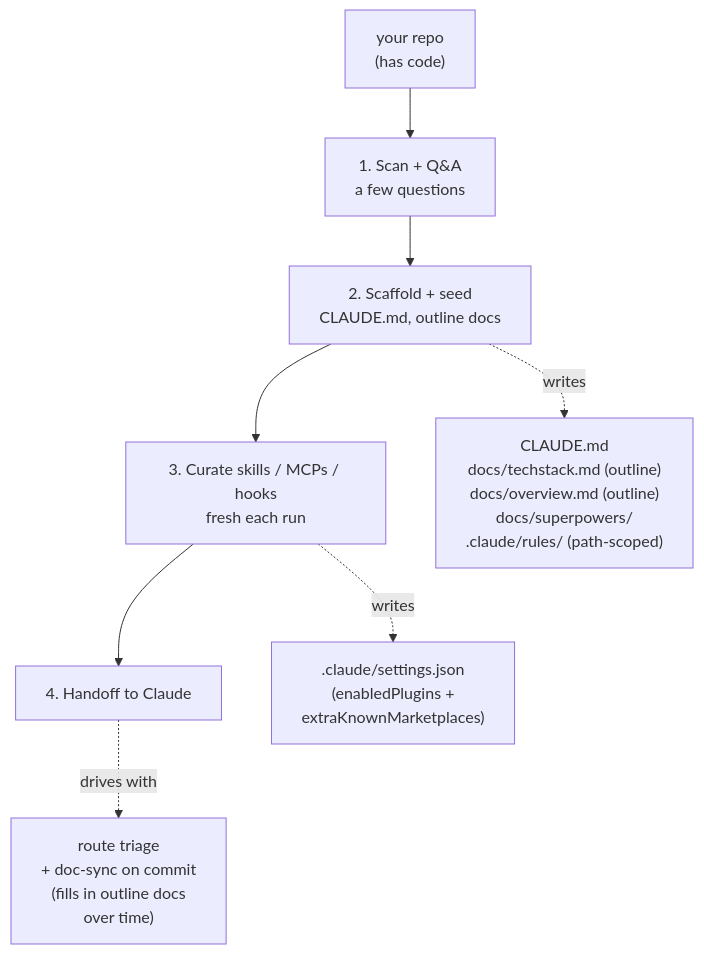
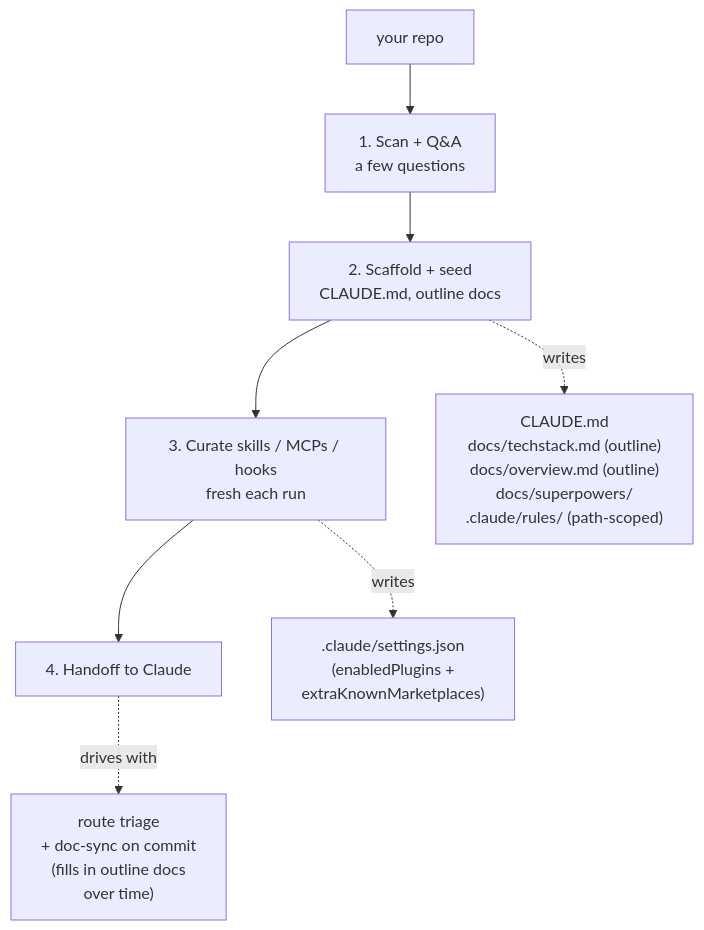
One commit to RockyHong/super-bootstrap changed the diagram in README.md. Above: the diagram before and after it, drawn with Mermaid. The commit also changed other lines of this file and 1 other file, not shown here.

````diff
--- a/README.md
+++ b/README.md
@@ -31,12 +44,12 @@
 ```mermaid
 flowchart TD
-    repo["your repo<br/>(has code)"]
+    repo["your repo"]
     repo --> scan["1. Scan + Q&A<br/>a few questions"]
     scan --> scaffold["2. Scaffold + seed<br/>CLAUDE.md, outline docs"]
     scaffold --> curate["3. Curate skills / MCPs / hooks<br/>fresh each run"]
     curate --> handoff["4. Handoff to Claude"]
 
     scaffold -.->|writes| files["CLAUDE.md<br/>docs/techstack.md (outline)<br/>docs/overview.md (outline)<br/>docs/superpowers/<br/>.claude/rules/ (path-scoped)"]
     curate -.->|writes| pins[".claude/settings.json<br/>(enabledPlugins +<br/>extraKnownMarketplaces)"]
     handoff -.->|drives with| engine["route triage<br/>+ doc-sync on commit<br/>(fills in outline docs<br/>over time)"]
 ```
````
